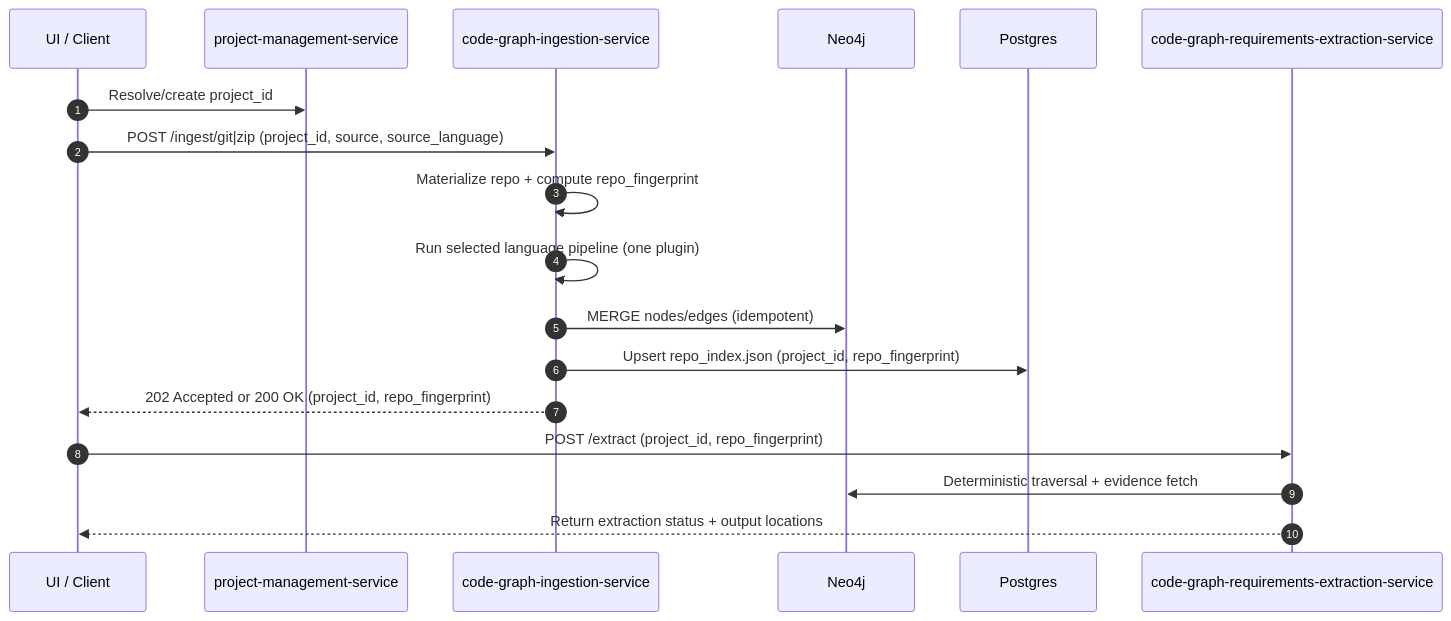
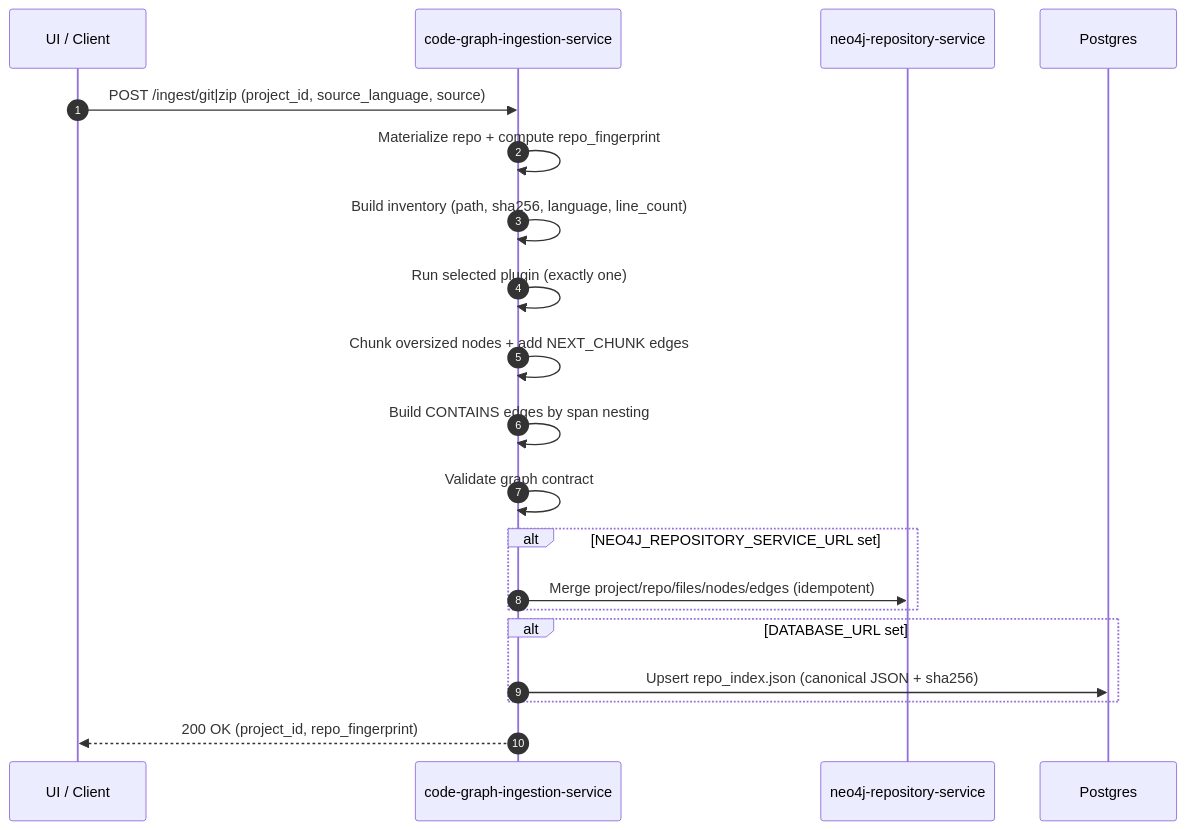
The first of 2 diagrams in git-epic-creator/services/code_graph_ingestion_service/README.md (vladavilov/playground), drawn with Mermaid before and after one commit. The commit also changed other lines of this file and 194 other files, not shown here.

````diff
--- a/git-epic-creator/services/code_graph_ingestion_service/README.md
+++ b/git-epic-creator/services/code_graph_ingestion_service/README.md
@@ -87,21 +97,23 @@
 ```mermaid
 sequenceDiagram
   autonumber
   participant UI as UI / Client
-  participant PMS as project-management-service
   participant CGI as code-graph-ingestion-service
-  participant Neo as Neo4j
+  participant NRS as neo4j-repository-service
   participant PG as Postgres
-  participant CGE as code-graph-requirements-extraction-service
 
-  UI->>PMS: Resolve/create project_id
-  UI->>CGI: POST /ingest/git|zip (project_id, source, source_language)
+  UI->>CGI: POST /ingest/git|zip (project_id, source_language, source)
   CGI->>CGI: Materialize repo + compute repo_fingerprint
-  CGI->>CGI: Run selected language pipeline (one plugin)
-  CGI->>Neo: MERGE nodes/edges (idempotent)
-  CGI->>PG: Upsert repo_index.json (project_id, repo_fingerprint)
-  CGI-->>UI: 202 Accepted or 200 OK (project_id, repo_fingerprint)
-  UI->>CGE: POST /extract (project_id, repo_fingerprint)
-  CGE->>Neo: Deterministic traversal + evidence fetch
-  CGE-->>UI: Return extraction status + output locations
+  CGI->>CGI: Build inventory (path, sha256, language, line_count)
+  CGI->>CGI: Run selected plugin (exactly one)
+  CGI->>CGI: Chunk oversized nodes + add NEXT_CHUNK edges
+  CGI->>CGI: Build CONTAINS edges by span nesting
+  CGI->>CGI: Validate graph contract
+  alt NEO4J_REPOSITORY_SERVICE_URL set
+    CGI->>NRS: Merge project/repo/files/nodes/edges (idempotent)
+  end
+  alt DATABASE_URL set
+    CGI->>PG: Upsert repo_index.json (canonical JSON + sha256)
+  end
+  CGI-->>UI: 200 OK (project_id, repo_fingerprint)
 ```
````
